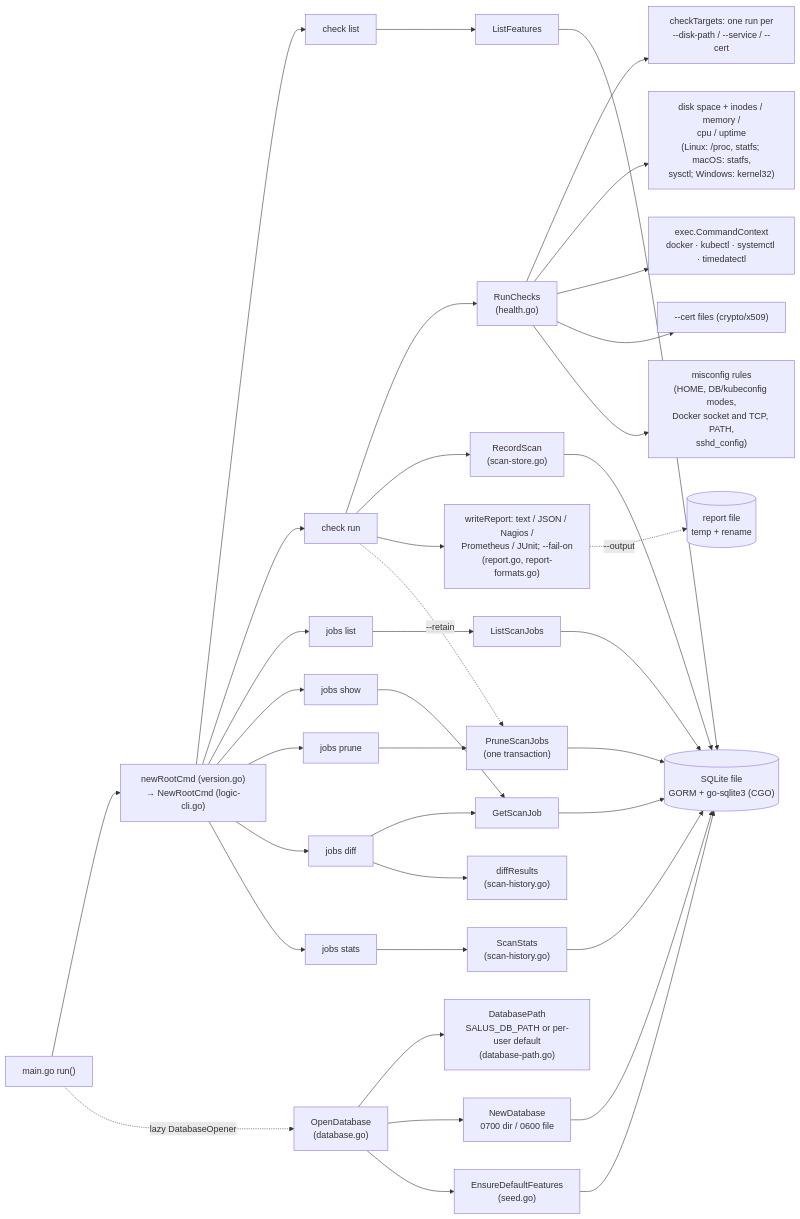
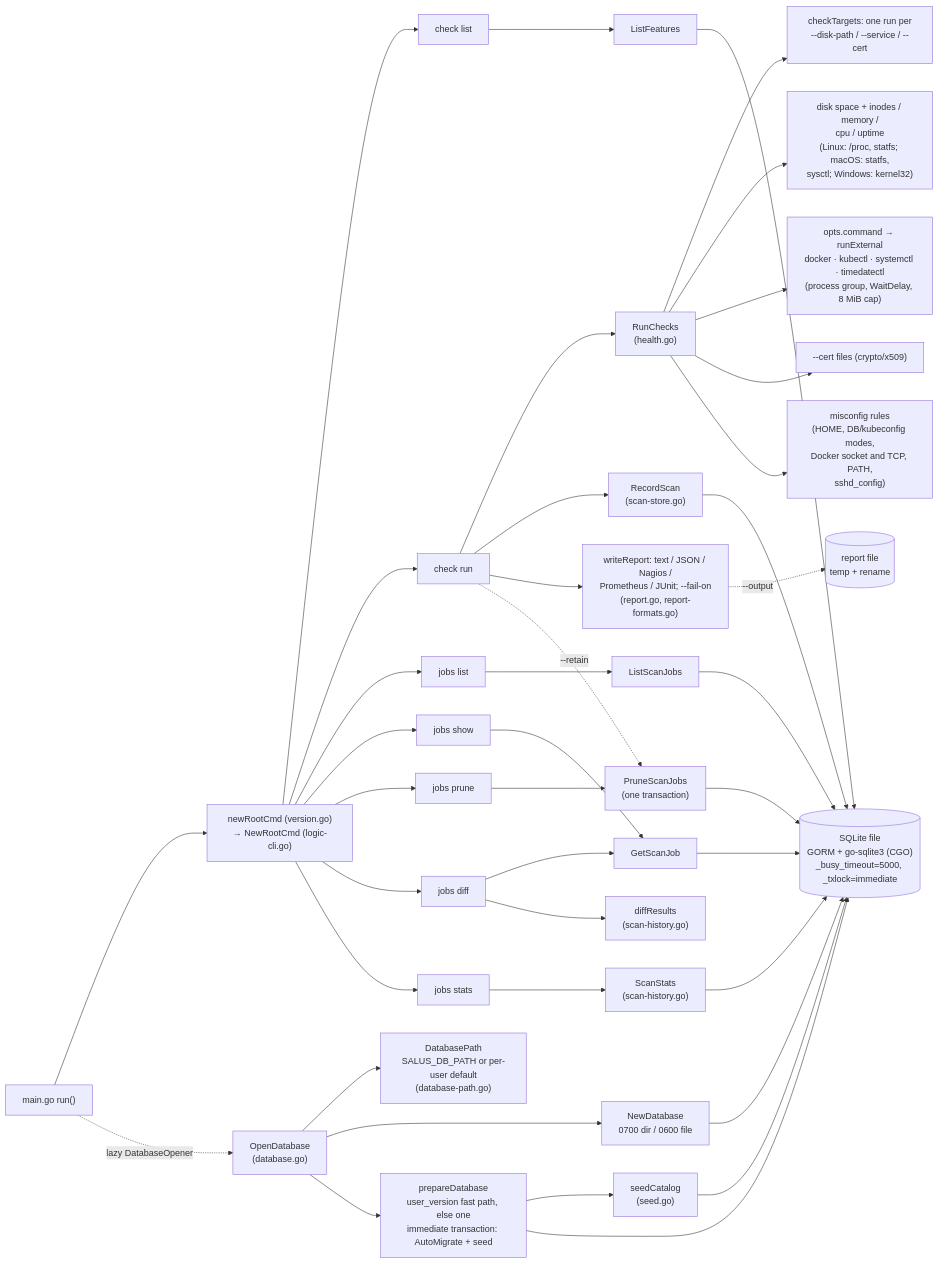
Before and after one commit to jabbott-iii/Salus: the first of 3 diagrams in intel/map.md, drawn with Mermaid. The commit also changed other lines of this file and 30 other files, not shown here.

````diff
--- a/intel/map.md
+++ b/intel/map.md
@@ -100,44 +115,46 @@
 ```mermaid
 flowchart LR
     main["main.go run()"] --> Root["newRootCmd (version.go)<br/>→ NewRootCmd (logic-cli.go)"]
     main -. "lazy DatabaseOpener" .-> Open["OpenDatabase<br/>(database.go)"]
     Open --> dbpath["DatabasePath<br/>SALUS_DB_PATH or per-user default<br/>(database-path.go)"]
     Open --> NewDatabase["NewDatabase<br/>0700 dir / 0600 file"]
-    Open --> Seed["EnsureDefaultFeatures<br/>(seed.go)"]
+    Open --> Prepare["prepareDatabase<br/>user_version fast path, else one<br/>immediate transaction: AutoMigrate + seed"]
+    Prepare --> Seed["seedCatalog<br/>(seed.go)"]
 
     Root --> CheckList["check list"]
     Root --> CheckRun["check run"]
     Root --> JobsList["jobs list"]
     Root --> JobsShow["jobs show"]
     Root --> JobsPrune["jobs prune"]
     Root --> JobsDiff["jobs diff"]
     Root --> JobsStats["jobs stats"]
 
     CheckRun --> RunChecks["RunChecks<br/>(health.go)"]
     CheckRun --> RecordScan["RecordScan<br/>(scan-store.go)"]
     CheckRun --> Report["writeReport: text / JSON / Nagios /<br/>Prometheus / JUnit; --fail-on<br/>(report.go, report-formats.go)"]
     Report -. "--output" .-> OutFile[("report file<br/>temp + rename")]
     CheckRun -. "--retain" .-> PruneScanJobs
     CheckList --> ListFeatures
     JobsList --> ListScanJobs
     JobsShow --> GetScanJob
     JobsPrune --> PruneScanJobs["PruneScanJobs<br/>(one transaction)"]
     JobsDiff --> GetScanJob
     JobsDiff --> Diff["diffResults<br/>(scan-history.go)"]
     JobsStats --> ScanStats["ScanStats<br/>(scan-history.go)"]
 
     RunChecks --> Targets["checkTargets: one run per<br/>--disk-path / --service / --cert"]
     RunChecks --> Resources["disk space + inodes / memory /<br/>cpu / uptime<br/>(Linux: /proc, statfs; macOS: statfs,<br/>sysctl; Windows: kernel32)"]
-    RunChecks --> Exec["exec.CommandContext<br/>docker · kubectl · systemctl · timedatectl"]
+    RunChecks --> Exec["opts.command → runExternal<br/>docker · kubectl · systemctl · timedatectl<br/>(process group, WaitDelay, 8 MiB cap)"]
     RunChecks --> Files["--cert files (crypto/x509)"]
     RunChecks --> Misconfig["misconfig rules<br/>(HOME, DB/kubeconfig modes,<br/>Docker socket and TCP, PATH,<br/>sshd_config)"]
 
-    NewDatabase --> SQLite[("SQLite file<br/>GORM + go-sqlite3 (CGO)")]
+    NewDatabase --> SQLite[("SQLite file<br/>GORM + go-sqlite3 (CGO)<br/>_busy_timeout=5000, _txlock=immediate")]
+    Prepare --> SQLite
     Seed --> SQLite
     RecordScan --> SQLite
     ListFeatures --> SQLite
     ListScanJobs --> SQLite
     GetScanJob --> SQLite
     PruneScanJobs --> SQLite
     ScanStats --> SQLite
 ```
````
